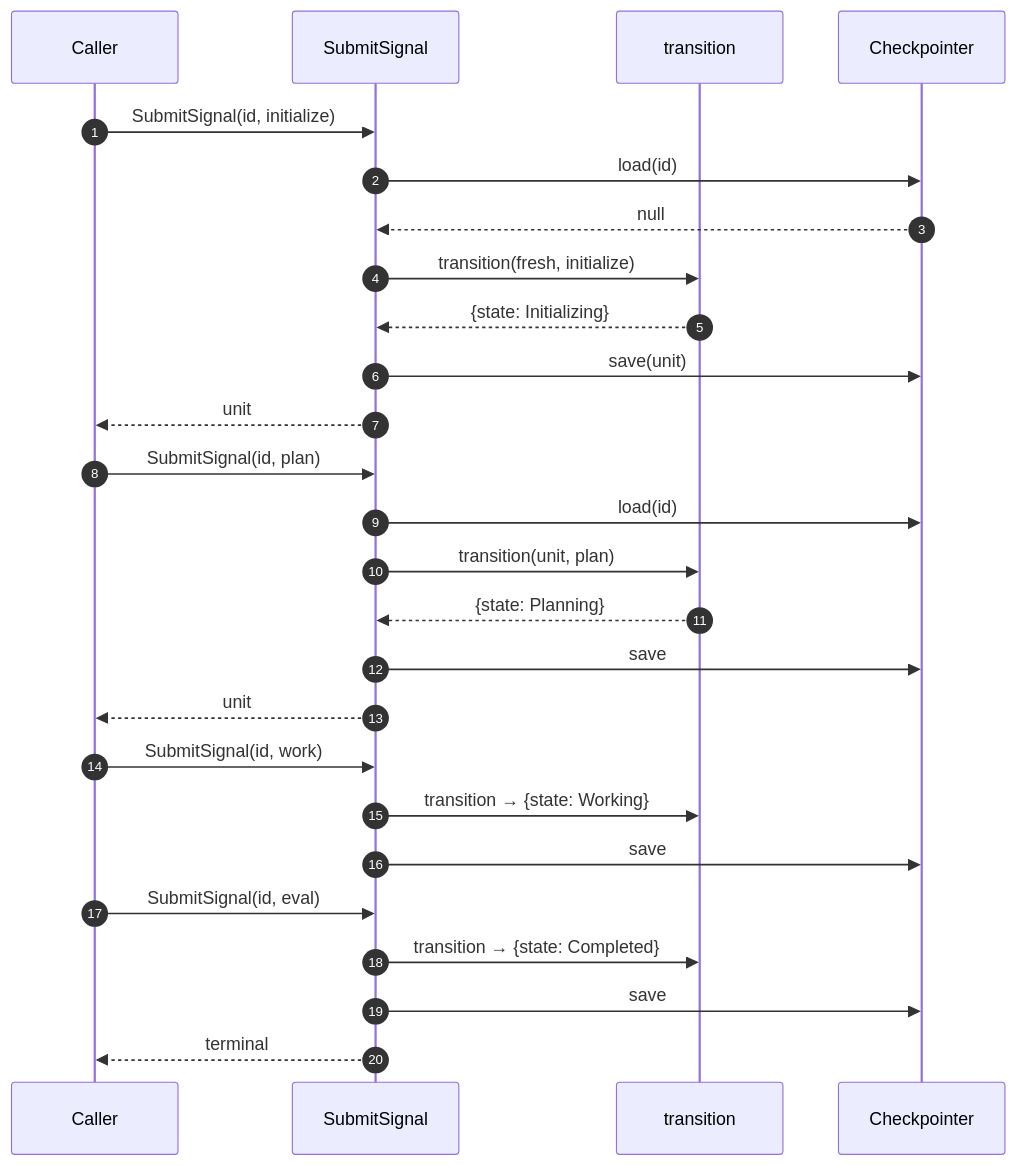
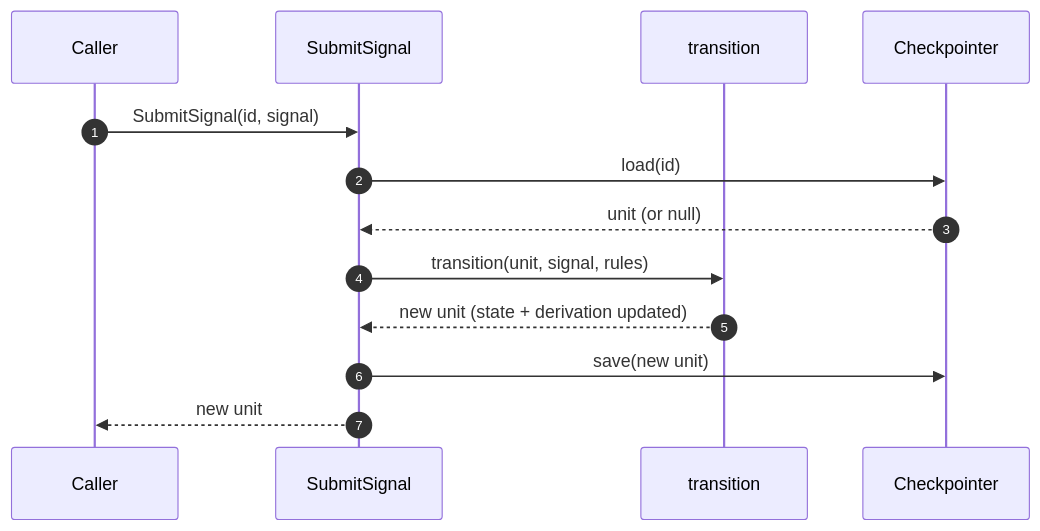
One commit to foreman-lab/handbook changed the diagram in architecture.md. Above: the diagram before and after it, drawn with Mermaid. The commit also changed other lines of this file, not shown here.

````diff
--- a/architecture.md
+++ b/architecture.md
@@ -222,32 +187,16 @@
 ```mermaid
 sequenceDiagram
     autonumber
     participant C as Caller
     participant UC as SubmitSignal
     participant Dom as transition
     participant CP as Checkpointer
 
-    C->>UC: SubmitSignal(id, initialize)
+    C->>UC: SubmitSignal(id, signal)
     UC->>CP: load(id)
-    CP-->>UC: null
-    UC->>Dom: transition(fresh, initialize)
-    Dom-->>UC: {state: Initializing}
-    UC->>CP: save(unit)
-    UC-->>C: unit
-
-    C->>UC: SubmitSignal(id, plan)
-    UC->>CP: load(id)
-    UC->>Dom: transition(unit, plan)
-    Dom-->>UC: {state: Planning}
-    UC->>CP: save
-    UC-->>C: unit
-
-    C->>UC: SubmitSignal(id, work)
-    UC->>Dom: transition → {state: Working}
-    UC->>CP: save
-
-    C->>UC: SubmitSignal(id, eval)
-    UC->>Dom: transition → {state: Completed}
-    UC->>CP: save
-    UC-->>C: terminal
+    CP-->>UC: unit (or null)
+    UC->>Dom: transition(unit, signal, rules)
+    Dom-->>UC: new unit (state + derivation updated)
+    UC->>CP: save(new unit)
+    UC-->>C: new unit
 ```
````
